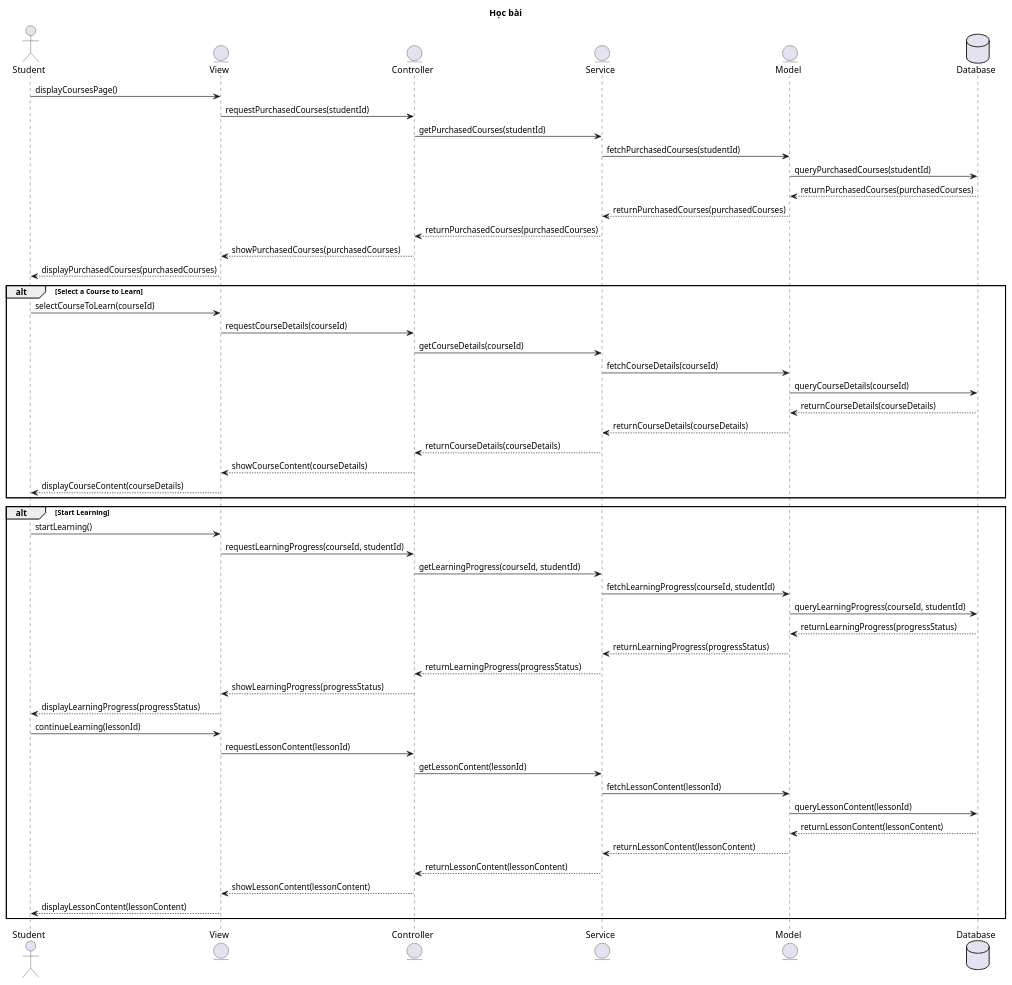
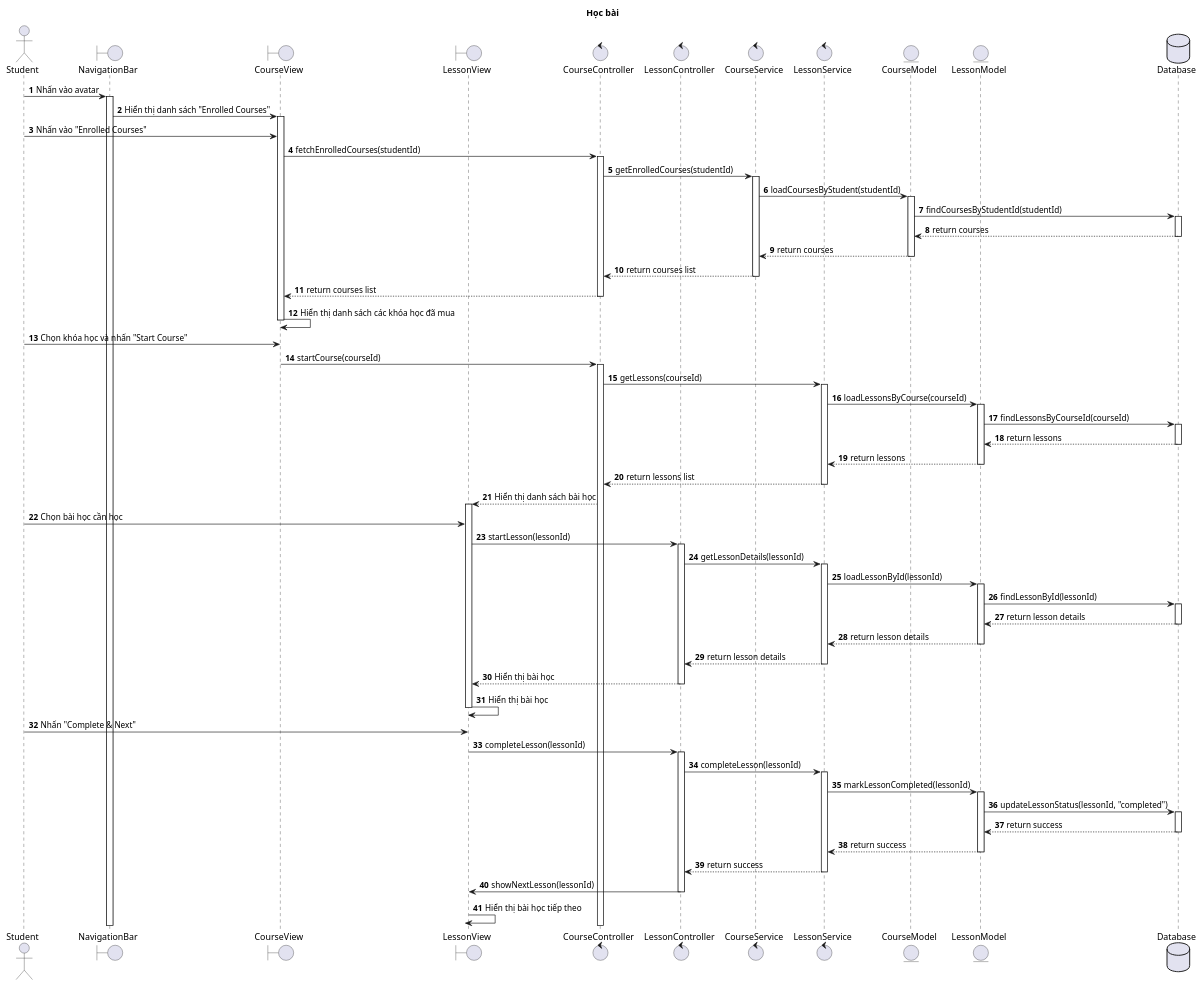
The diagram in sequence-diagram/UC_011 Học bài.puml (UniversityWeb/easy-english-be), drawn with PlantUML before and after one commit. The commit also changed 13 other files, not shown here.

```diff
--- a/sequence-diagram/UC_011 Học bài.puml
+++ b/sequence-diagram/UC_011 Học bài.puml
@@ -1,59 +1,120 @@
 @startuml
 title Học bài
 
+autonumber
+
 actor Student
-entity View
-entity Controller
-entity Service
-entity Model
+boundary NavigationBar
+boundary CourseView
+boundary LessonView
+control CourseController
+control LessonController
+control CourseService
+control LessonService
+entity CourseModel
+entity LessonModel
 database Database
 
-Student -> View : displayCoursesPage()
-View -> Controller : requestPurchasedCourses(studentId)
-Controller -> Service : getPurchasedCourses(studentId)
-Service -> Model : fetchPurchasedCourses(studentId)
-Model -> Database : queryPurchasedCourses(studentId)
-Database --> Model : returnPurchasedCourses(purchasedCourses)
-Model --> Service : returnPurchasedCourses(purchasedCourses)
-Service --> Controller : returnPurchasedCourses(purchasedCourses)
-Controller --> View : showPurchasedCourses(purchasedCourses)
-View --> Student : displayPurchasedCourses(purchasedCourses)
+Student -> NavigationBar : Nhấn vào avatar
+activate NavigationBar
+NavigationBar -> CourseView : Hiển thị danh sách "Enrolled Courses"
+activate CourseView
 
-alt Select a Course to Learn
-    Student -> View : selectCourseToLearn(courseId)
-    View -> Controller : requestCourseDetails(courseId)
-    Controller -> Service : getCourseDetails(courseId)
-    Service -> Model : fetchCourseDetails(courseId)
-    Model -> Database : queryCourseDetails(courseId)
-    Database --> Model : returnCourseDetails(courseDetails)
-    Model --> Service : returnCourseDetails(courseDetails)
-    Service --> Controller : returnCourseDetails(courseDetails)
-    Controller --> View : showCourseContent(courseDetails)
-    View --> Student : displayCourseContent(courseDetails)
-end
+Student -> CourseView : Nhấn vào "Enrolled Courses"
+CourseView -> CourseController : fetchEnrolledCourses(studentId)
+activate CourseController
 
-alt Start Learning
-    Student -> View : startLearning()
-    View -> Controller : requestLearningProgress(courseId, studentId)
-    Controller -> Service : getLearningProgress(courseId, studentId)
-    Service -> Model : fetchLearningProgress(courseId, studentId)
-    Model -> Database : queryLearningProgress(courseId, studentId)
-    Database --> Model : returnLearningProgress(progressStatus)
-    Model --> Service : returnLearningProgress(progressStatus)
-    Service --> Controller : returnLearningProgress(progressStatus)
-    Controller --> View : showLearningProgress(progressStatus)
-    View --> Student : displayLearningProgress(progressStatus)
+CourseController -> CourseService : getEnrolledCourses(studentId)
+activate CourseService
 
-    Student -> View : continueLearning(lessonId)
-    View -> Controller : requestLessonContent(lessonId)
-    Controller -> Service : getLessonContent(lessonId)
-    Service -> Model : fetchLessonContent(lessonId)
-    Model -> Database : queryLessonContent(lessonId)
-    Database --> Model : returnLessonContent(lessonContent)
-    Model --> Service : returnLessonContent(lessonContent)
-    Service --> Controller : returnLessonContent(lessonContent)
-    Controller --> View : showLessonContent(lessonContent)
-    View --> Student : displayLessonContent(lessonContent)
-end
+CourseService -> CourseModel : loadCoursesByStudent(studentId)
+activate CourseModel
+CourseModel -> Database : findCoursesByStudentId(studentId)
+activate Database
+Database --> CourseModel : return courses
+deactivate Database
+CourseModel --> CourseService : return courses
+deactivate CourseModel
+
+CourseService --> CourseController : return courses list
+deactivate CourseService
+
+CourseController --> CourseView : return courses list
+deactivate CourseController
+
+CourseView -> CourseView : Hiển thị danh sách các khóa học đã mua
+deactivate CourseView
+
+Student -> CourseView : Chọn khóa học và nhấn "Start Course"
+CourseView -> CourseController : startCourse(courseId)
+activate CourseController
+
+CourseController -> LessonService : getLessons(courseId)
+activate LessonService
+
+LessonService -> LessonModel : loadLessonsByCourse(courseId)
+activate LessonModel
+LessonModel -> Database : findLessonsByCourseId(courseId)
+activate Database
+Database --> LessonModel : return lessons
+deactivate Database
+LessonModel --> LessonService : return lessons
+deactivate LessonModel
+
+LessonService --> CourseController : return lessons list
+deactivate LessonService
+
+CourseController --> LessonView : Hiển thị danh sách bài học
+activate LessonView
+
+Student -> LessonView : Chọn bài học cần học
+LessonView -> LessonController : startLesson(lessonId)
+activate LessonController
+
+LessonController -> LessonService : getLessonDetails(lessonId)
+activate LessonService
+
+LessonService -> LessonModel : loadLessonById(lessonId)
+activate LessonModel
+LessonModel -> Database : findLessonById(lessonId)
+activate Database
+Database --> LessonModel : return lesson details
+deactivate Database
+LessonModel --> LessonService : return lesson details
+deactivate LessonModel
+
+LessonService --> LessonController : return lesson details
+deactivate LessonService
+
+LessonController --> LessonView : Hiển thị bài học
+deactivate LessonController
+
+LessonView -> LessonView : Hiển thị bài học
+deactivate LessonView
+
+Student -> LessonView : Nhấn "Complete & Next"
+LessonView -> LessonController : completeLesson(lessonId)
+activate LessonController
+
+LessonController -> LessonService : completeLesson(lessonId)
+activate LessonService
+
+LessonService -> LessonModel : markLessonCompleted(lessonId)
+activate LessonModel
+LessonModel -> Database : updateLessonStatus(lessonId, "completed")
+activate Database
+Database --> LessonModel : return success
+deactivate Database
+LessonModel --> LessonService : return success
+deactivate LessonModel
+
+LessonService --> LessonController : return success
+deactivate LessonService
+
+LessonController -> LessonView : showNextLesson(lessonId)
+deactivate LessonController
+
+LessonView -> LessonView : Hiển thị bài học tiếp theo
+deactivate LessonView
 
 @enduml
```
